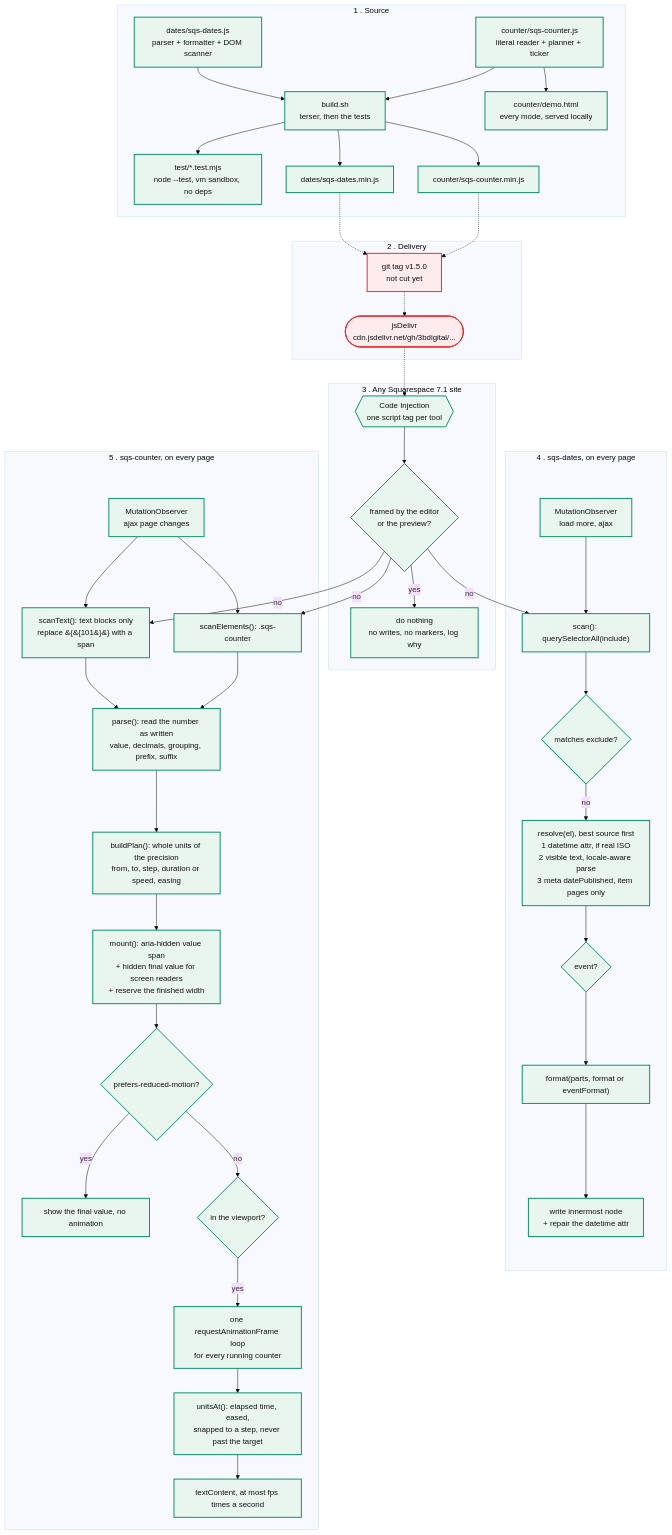
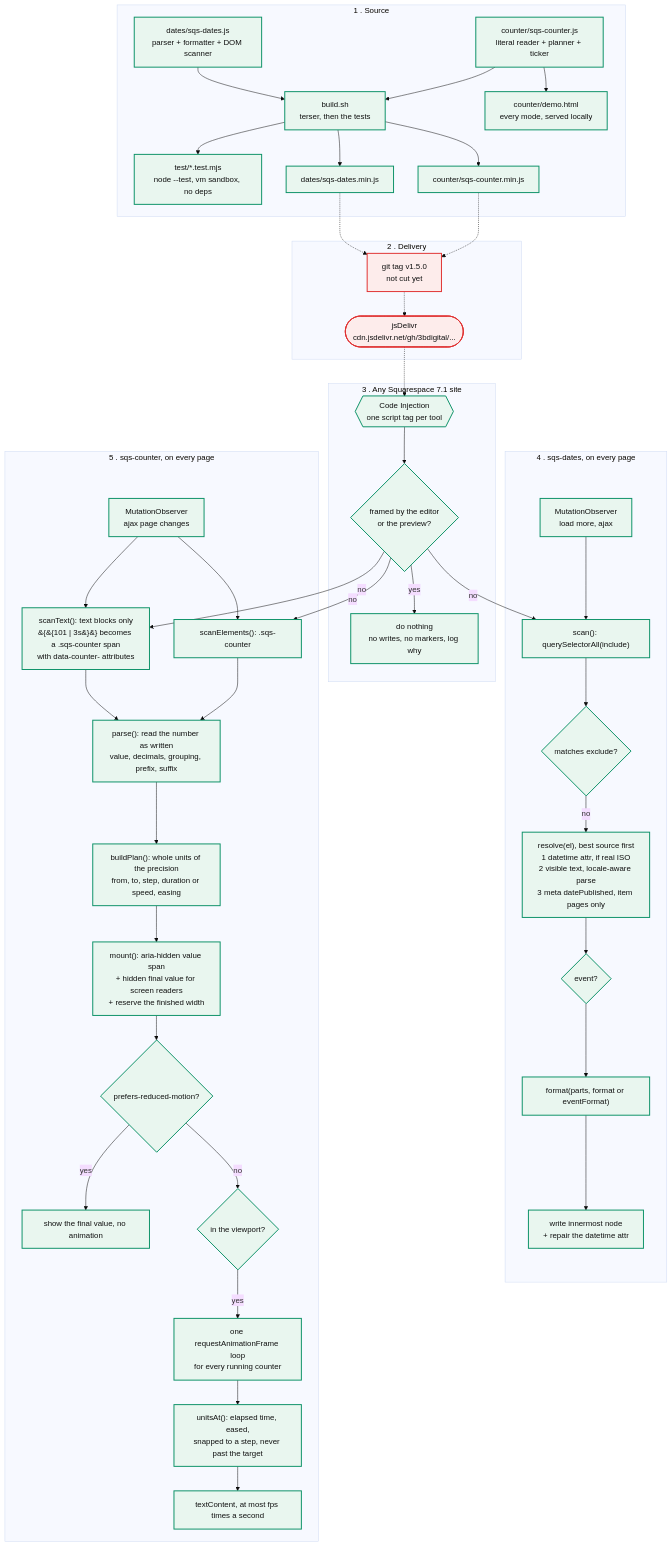
The diagram in docs/architecture.md (3bdigital/squarespace-tools), drawn with Mermaid (base theme) before and after one commit. The commit also changed other lines of this file and 8 other files, not shown here.

````diff
--- a/docs/architecture.md
+++ b/docs/architecture.md
@@ -7,80 +7,80 @@
 ```mermaid
 flowchart TD
     subgraph repo["1 . Source"]
         SRC1["dates/sqs-dates.js<br>parser + formatter + DOM scanner"]
         SRC2["counter/sqs-counter.js<br>literal reader + planner + ticker"]
         TESTS["test/*.test.mjs<br>node --test, vm sandbox, no deps"]
         BUILD["build.sh<br>terser, then the tests"]
         MIN1["dates/sqs-dates.min.js"]
         MIN2["counter/sqs-counter.min.js"]
         DEMO["counter/demo.html<br>every mode, served locally"]
         SRC1 --> BUILD
         SRC2 --> BUILD
         BUILD --> MIN1
         BUILD --> MIN2
         BUILD --> TESTS
         SRC2 --> DEMO
     end
 
     subgraph cdn["2 . Delivery"]
         TAG["git tag v1.5.0<br>not cut yet"]
         JSD(["jsDelivr<br>cdn.jsdelivr.net/gh/3bdigital/..."])
         MIN1 -.-> TAG
         MIN2 -.-> TAG
         TAG -.-> JSD
     end
 
     subgraph site["3 . Any Squarespace 7.1 site"]
         INJ{{"Code Injection<br>one script tag per tool"}}
         GUARD{"framed by the editor<br>or the preview?"}
         STOP["do nothing<br>no writes, no markers, log why"]
         INJ --> GUARD
         GUARD -->|yes| STOP
     end
 
     subgraph dates["4 . sqs-dates, on every page"]
         DSCAN["scan(): querySelectorAll(include)"]
         DSKIP{"matches exclude?"}
         DRES["resolve(el), best source first<br>1 datetime attr, if real ISO<br>2 visible text, locale-aware parse<br>3 meta datePublished, item pages only"]
         DEVENT{"event?"}
         DFMT["format(parts, format or eventFormat)"]
         DWRITE["write innermost node<br>+ repair the datetime attr"]
         DOBS["MutationObserver<br>load more, ajax"]
         DSCAN --> DSKIP
         DSKIP -->|no| DRES --> DEVENT --> DFMT --> DWRITE
         DOBS --> DSCAN
     end
 
     subgraph counter["5 . sqs-counter, on every page"]
-        CTEXT["scanText(): text blocks only<br>replace &#123;&#123;101&#125;&#125; with a span"]
+        CTEXT["scanText(): text blocks only<br>&#123;&#123;101 | 3s&#125;&#125; becomes a .sqs-counter span<br>with data-counter- attributes"]
         CEL["scanElements(): .sqs-counter"]
         CPARSE["parse(): read the number as written<br>value, decimals, grouping, prefix, suffix"]
         CPLAN["buildPlan(): whole units of the precision<br>from, to, step, duration or speed, easing"]
         CMOUNT["mount(): aria-hidden value span<br>+ hidden final value for screen readers<br>+ reserve the finished width"]
         CRM{"prefers-reduced-motion?"}
         CFINAL["show the final value, no animation"]
         CIO{"in the viewport?"}
         CTICK["one requestAnimationFrame loop<br>for every running counter"]
         CQ["unitsAt(): elapsed time, eased,<br>snapped to a step, never past the target"]
         CPAINT["textContent, at most fps times a second"]
         COBS["MutationObserver<br>ajax page changes"]
         CTEXT --> CPARSE
         CEL --> CPARSE
         CPARSE --> CPLAN --> CMOUNT --> CRM
         CRM -->|yes| CFINAL
         CRM -->|no| CIO
         CIO -->|yes| CTICK --> CQ --> CPAINT
         COBS --> CTEXT
         COBS --> CEL
     end
 
     JSD -.-> INJ
     GUARD -->|no| DSCAN
     GUARD -->|no| CTEXT
     GUARD -->|no| CEL
 
     classDef built fill:#e9f6ef,stroke:#0d9268,stroke-width:2px,color:#111
     classDef todo fill:#fdeceb,stroke:#e03131,stroke-width:2px,color:#111
     class SRC1,SRC2,TESTS,BUILD,MIN1,MIN2,DEMO,INJ,GUARD,STOP,DSCAN,DSKIP,DRES,DEVENT,DFMT,DWRITE,DOBS,CTEXT,CEL,CPARSE,CPLAN,CMOUNT,CRM,CFINAL,CIO,CTICK,CQ,CPAINT,COBS built
     class TAG,JSD todo
 ```
````
